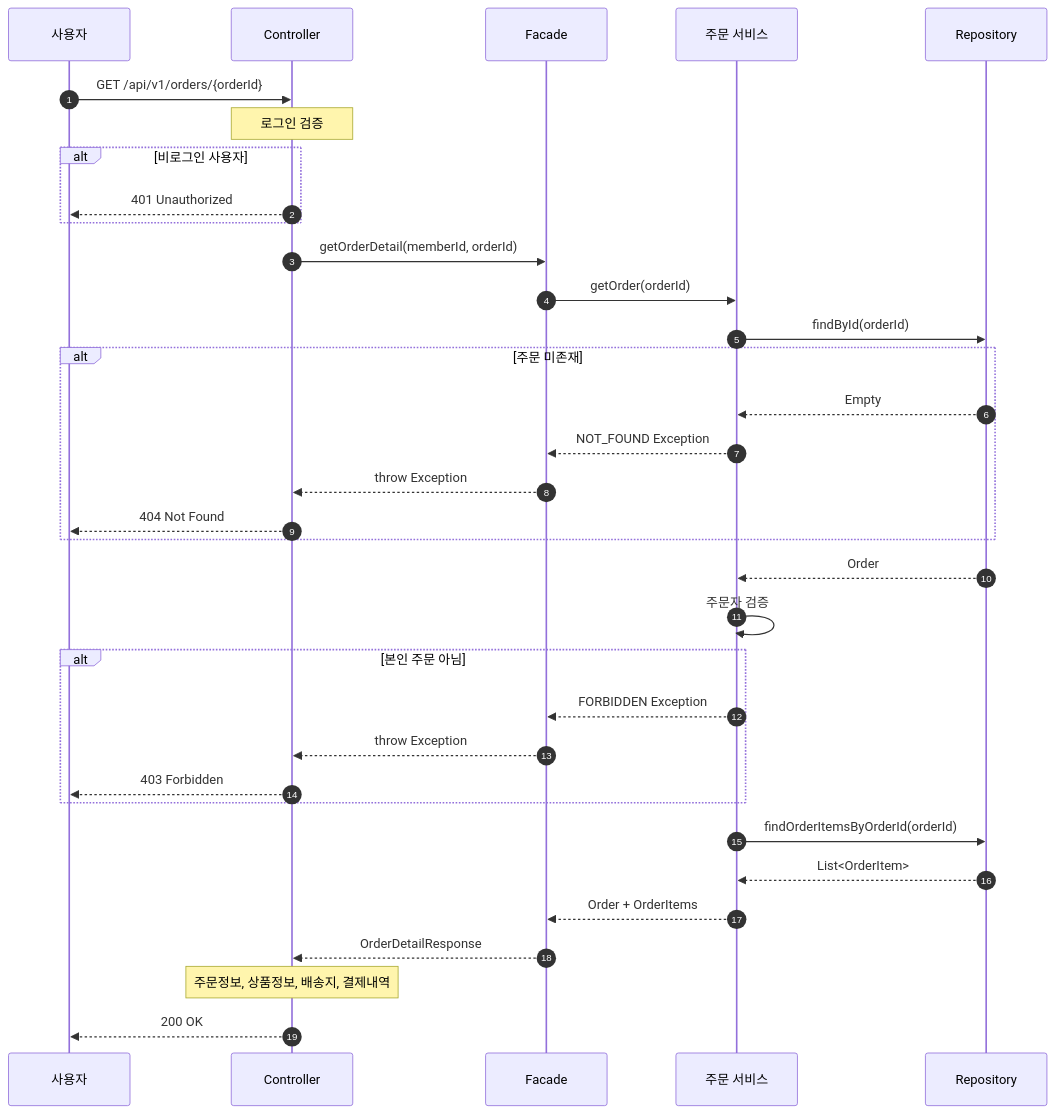
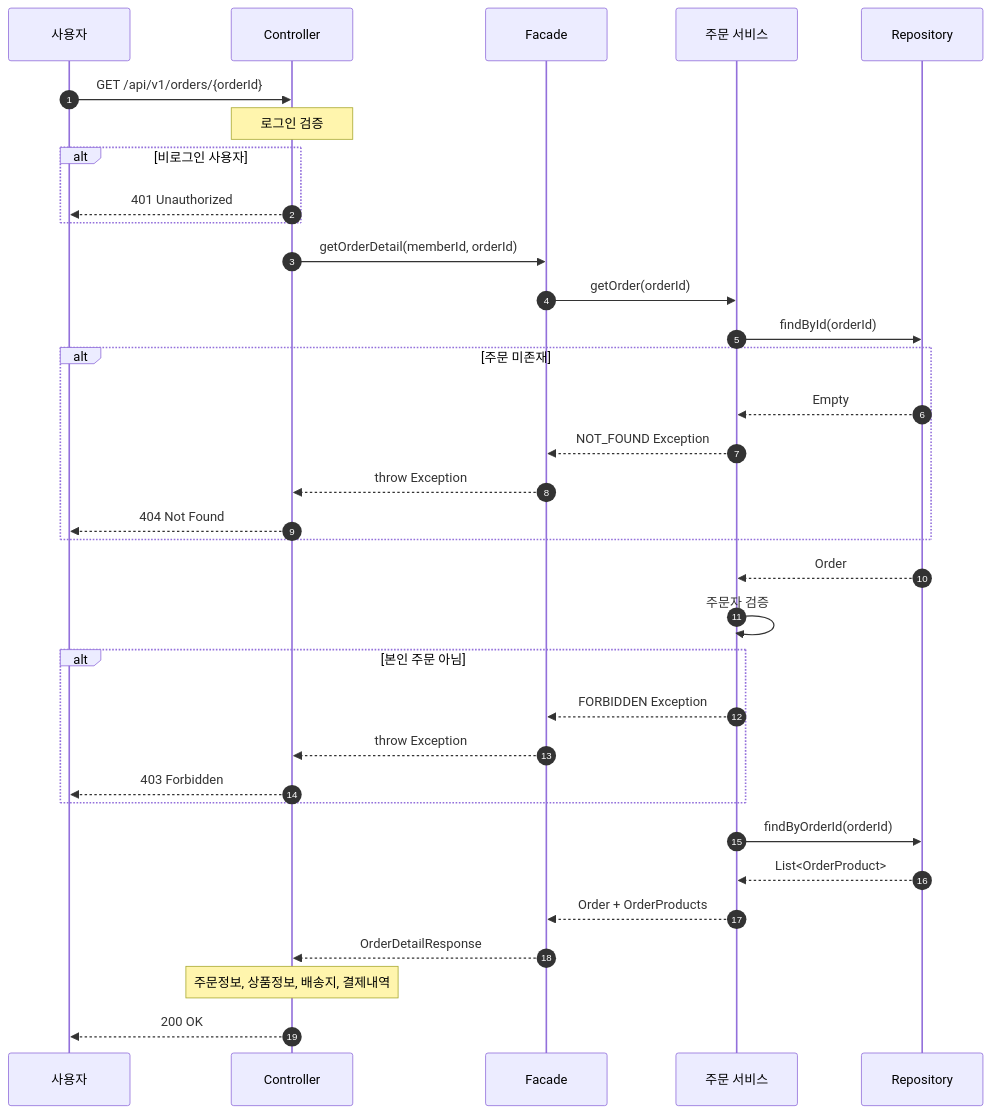
Diagram 16 of 16 in docs/design/02-sequence-diagram.md (letter333/loop-pack-be-l2-vol3-java), drawn with Mermaid before and after one commit. The commit also changed other lines of this file and 3 other files, not shown here.

````diff
--- a/docs/design/02-sequence-diagram.md
+++ b/docs/design/02-sequence-diagram.md
@@ -668,43 +676,43 @@
 ```mermaid
 sequenceDiagram
     autonumber
     participant Client as 사용자
     participant Controller
     participant Facade
     participant OrderService as 주문 서비스
     participant Repository
 
     Client->>Controller: GET /api/v1/orders/{orderId}
     Note over Controller: 로그인 검증
 
     alt 비로그인 사용자
         Controller-->>Client: 401 Unauthorized
     end
 
     Controller->>Facade: getOrderDetail(memberId, orderId)
     Facade->>OrderService: getOrder(orderId)
     OrderService->>Repository: findById(orderId)
 
     alt 주문 미존재
         Repository-->>OrderService: Empty
         OrderService-->>Facade: NOT_FOUND Exception
         Facade-->>Controller: throw Exception
         Controller-->>Client: 404 Not Found
     end
 
     Repository-->>OrderService: Order
     OrderService->>OrderService: 주문자 검증
 
     alt 본인 주문 아님
         OrderService-->>Facade: FORBIDDEN Exception
         Facade-->>Controller: throw Exception
         Controller-->>Client: 403 Forbidden
     end
 
-    OrderService->>Repository: findOrderItemsByOrderId(orderId)
-    Repository-->>OrderService: List<OrderItem>
-    OrderService-->>Facade: Order + OrderItems
+    OrderService->>Repository: findByOrderId(orderId)
+    Repository-->>OrderService: List<OrderProduct>
+    OrderService-->>Facade: Order + OrderProducts
     Facade-->>Controller: OrderDetailResponse
     Note over Controller: 주문정보, 상품정보, 배송지, 결제내역
     Controller-->>Client: 200 OK
 ```
````
